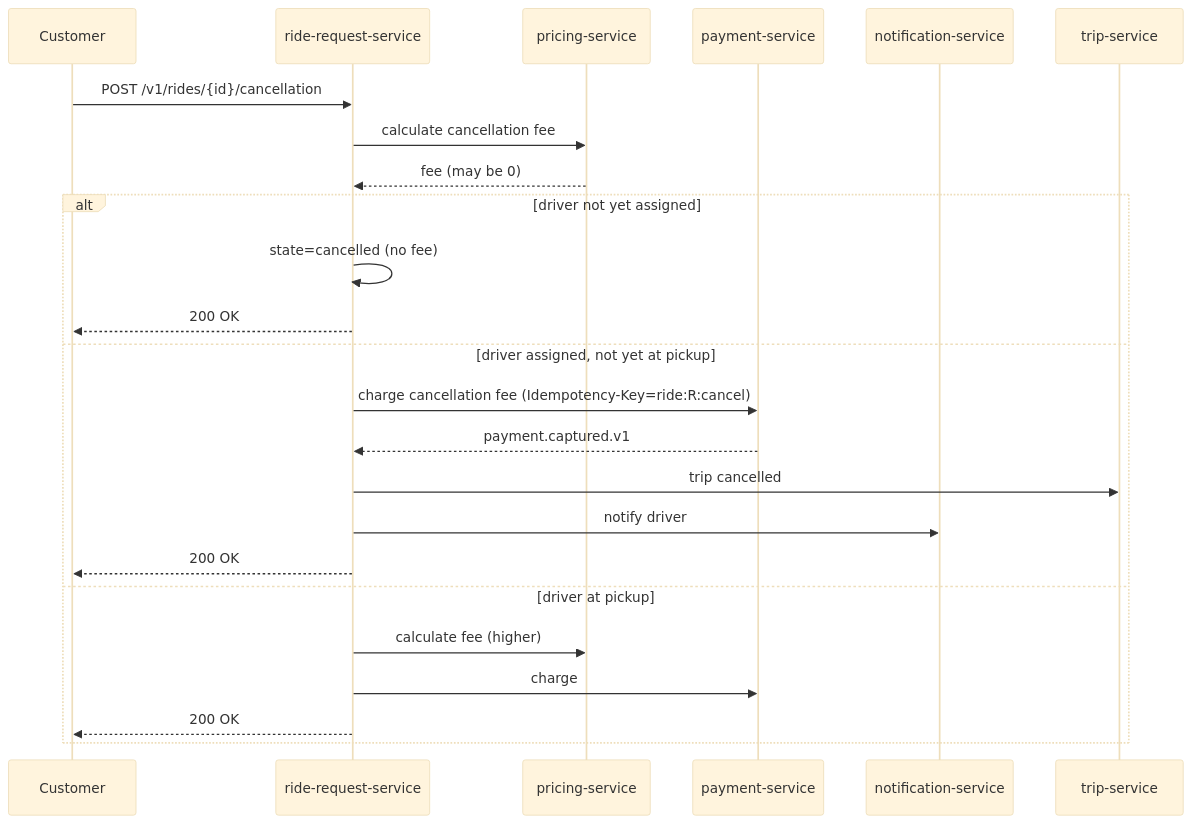
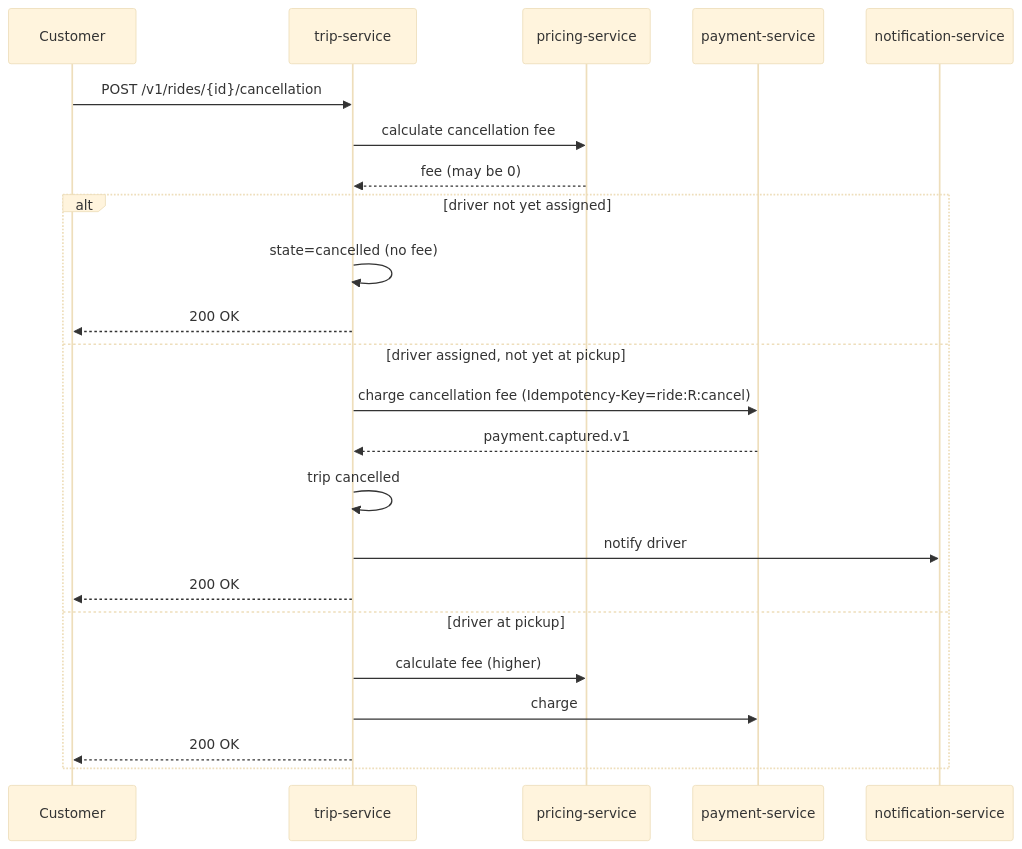
Before and after one commit to mohamedhabibwork/trips-enjoy-docs: the sixth of 14 diagrams in docs/workflows/RIDE_WORKFLOWS.md, drawn with Mermaid (base theme). The commit also changed other lines of this file and 525 other files, not shown here.

````diff
--- a/docs/workflows/RIDE_WORKFLOWS.md
+++ b/docs/workflows/RIDE_WORKFLOWS.md
@@ -139,27 +133,26 @@
 ```mermaid
 sequenceDiagram
     participant C as Customer
-    participant RR as ride-request-service
+    participant TR as trip-service
     participant PRC as pricing-service
     participant PAY as payment-service
     participant NOT as notification-service
-    participant TR as trip-service
 
-    C->>RR: POST /v1/rides/{id}/cancellation
-    RR->>PRC: calculate cancellation fee
-    PRC-->>RR: fee (may be 0)
+    C->>TR: POST /v1/rides/{id}/cancellation
+    TR->>PRC: calculate cancellation fee
+    PRC-->>TR: fee (may be 0)
     alt driver not yet assigned
-        RR->>RR: state=cancelled (no fee)
-        RR-->>C: 200 OK
+        TR->>TR: state=cancelled (no fee)
+        TR-->>C: 200 OK
     else driver assigned, not yet at pickup
-        RR->>PAY: charge cancellation fee (Idempotency-Key=ride:R:cancel)
-        PAY-->>RR: payment.captured.v1
-        RR->>TR: trip cancelled
-        RR->>NOT: notify driver
-        RR-->>C: 200 OK
+        TR->>PAY: charge cancellation fee (Idempotency-Key=ride:R:cancel)
+        PAY-->>TR: payment.captured.v1
+        TR->>TR: trip cancelled
+        TR->>NOT: notify driver
+        TR-->>C: 200 OK
     else driver at pickup
-        RR->>PRC: calculate fee (higher)
-        RR->>PAY: charge
-        RR-->>C: 200 OK
+        TR->>PRC: calculate fee (higher)
+        TR->>PAY: charge
+        TR-->>C: 200 OK
     end
 ```
````
